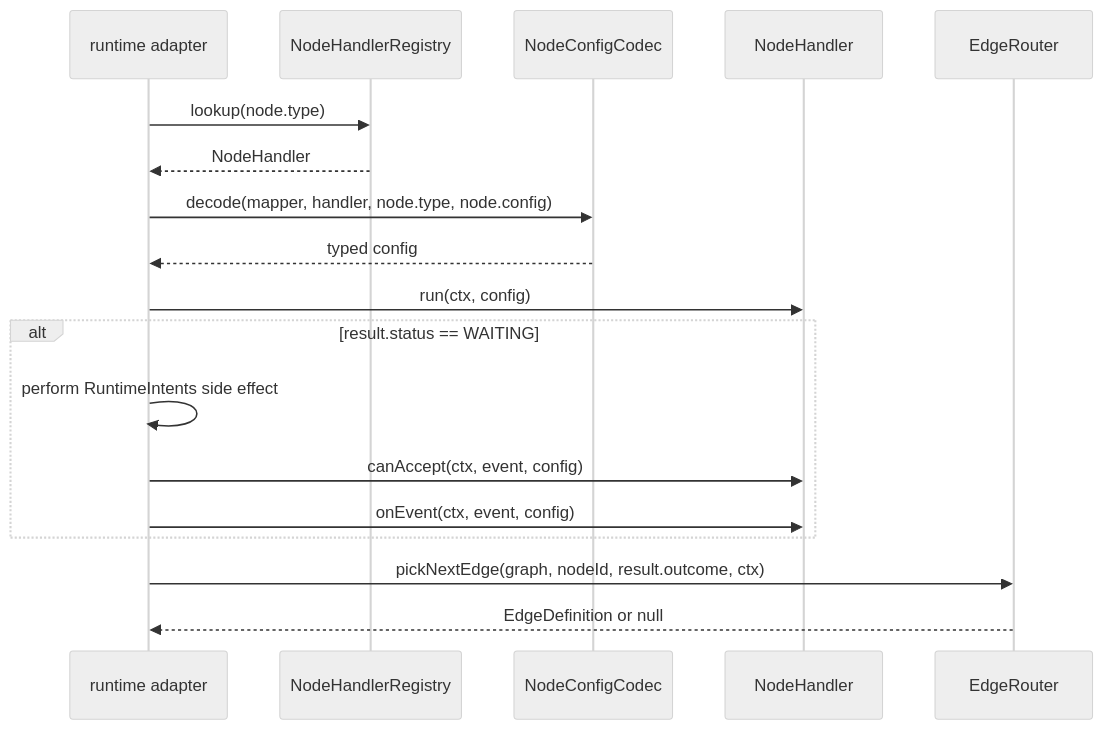
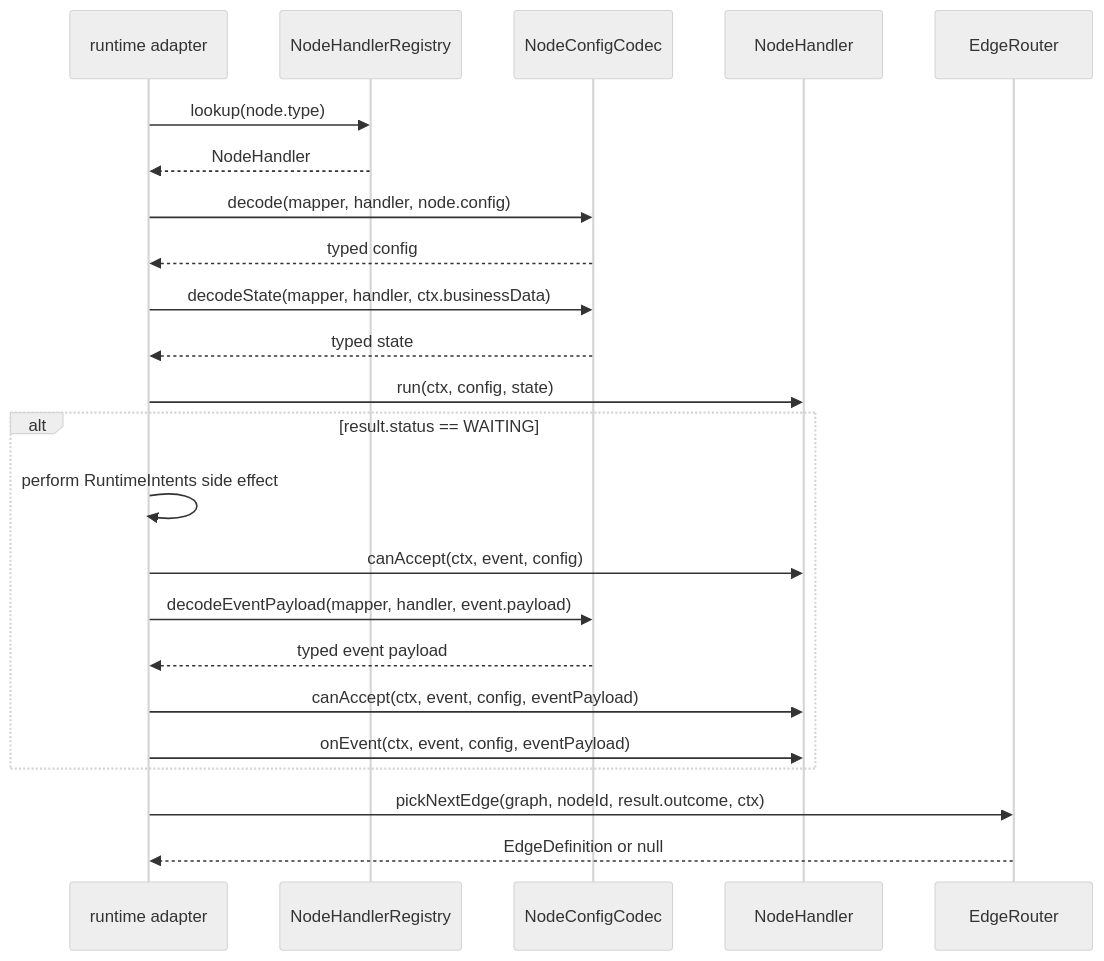
One commit to michelleclar/Infrastructure changed diagram 11 of 22 in infrastructure-component-workflow-core/docs/CALL_GRAPH.md. Above: the diagram before and after it, drawn with Mermaid (neutral theme). The commit also changed other lines of this file and 20 other files, not shown here.

````diff
--- a/infrastructure-component-workflow-core/docs/CALL_GRAPH.md
+++ b/infrastructure-component-workflow-core/docs/CALL_GRAPH.md
@@ -314,21 +369,26 @@
 ```mermaid
 sequenceDiagram
     participant R as runtime adapter
     participant REG as NodeHandlerRegistry
     participant C as NodeConfigCodec
     participant H as NodeHandler
     participant ER as EdgeRouter
 
     R->>REG: lookup(node.type)
     REG-->>R: NodeHandler
-    R->>C: decode(mapper, handler, node.type, node.config)
+    R->>C: decode(mapper, handler, node.config)
     C-->>R: typed config
-    R->>H: run(ctx, config)
+    R->>C: decodeState(mapper, handler, ctx.businessData)
+    C-->>R: typed state
+    R->>H: run(ctx, config, state)
     alt result.status == WAITING
         R->>R: perform RuntimeIntents side effect
         R->>H: canAccept(ctx, event, config)
-        R->>H: onEvent(ctx, event, config)
+        R->>C: decodeEventPayload(mapper, handler, event.payload)
+        C-->>R: typed event payload
+        R->>H: canAccept(ctx, event, config, eventPayload)
+        R->>H: onEvent(ctx, event, config, eventPayload)
     end
     R->>ER: pickNextEdge(graph, nodeId, result.outcome, ctx)
     ER-->>R: EdgeDefinition or null
 ```
````
